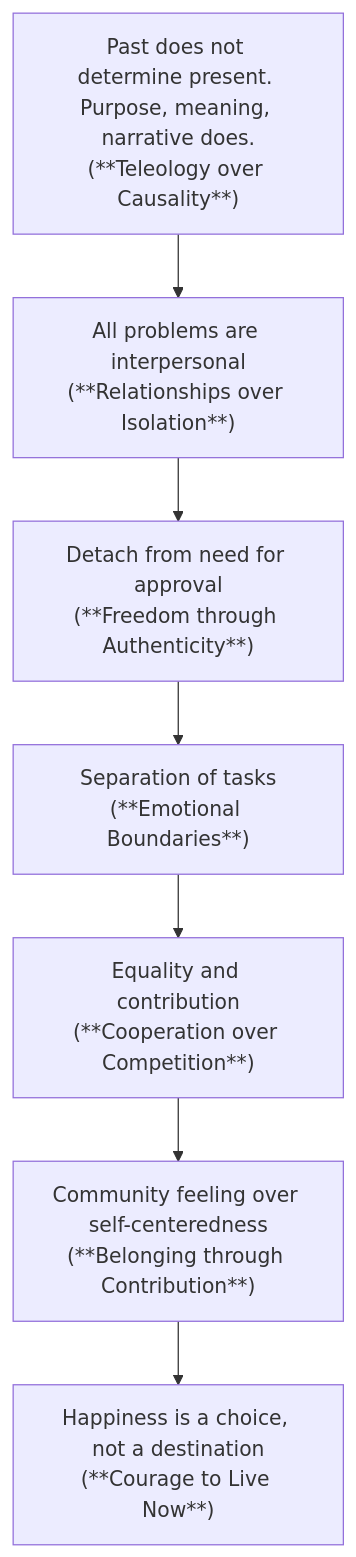
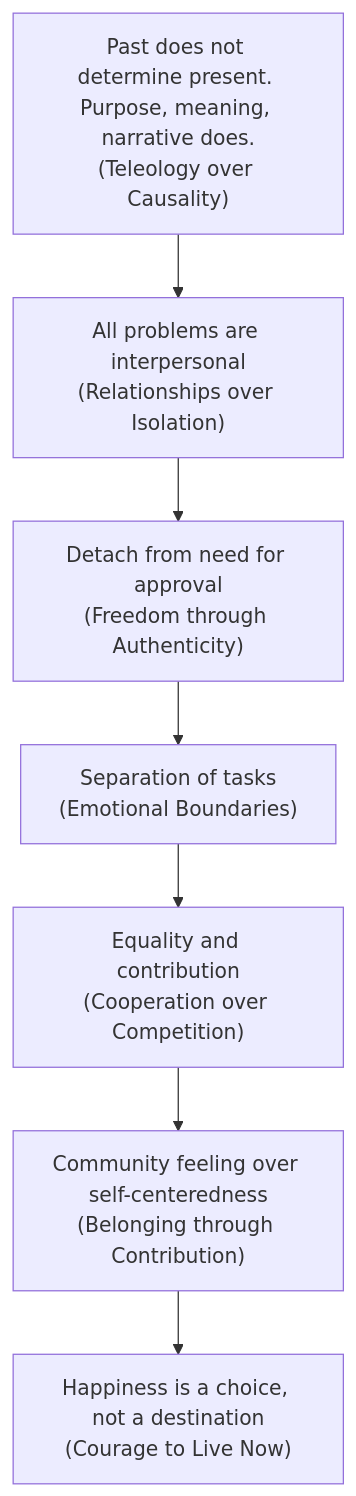
The third of 3 diagrams in _posts/books/psych/courage-2be-disliked/2025-01-03-courage-2be-disliked.md (samratkar/samratkar.github.io), drawn with Mermaid before and after one commit. The commit also changed other lines of this file and 3 other files, not shown here.

```diff
--- a/_posts/books/psych/courage-2be-disliked/2025-01-03-courage-2be-disliked.md
+++ b/_posts/books/psych/courage-2be-disliked/2025-01-03-courage-2be-disliked.md
@@ -477,16 +477,16 @@
 <div class="mermaid">
 graph TD
-    A["Past does not determine present. Purpose, meaning, narrative does.<br/>(**Teleology over Causality**)"]
-    B["All problems are interpersonal<br/>(**Relationships over Isolation**)"]
-    C["Detach from need for approval<br/>(**Freedom through Authenticity**)"]
-    D["Separation of tasks<br/>(**Emotional Boundaries**)"]
-    E["Equality and contribution<br/>(**Cooperation over Competition**)"]
-    F["Community feeling over self-centeredness<br/>(**Belonging through Contribution**)"]
-    G["Happiness is a choice, not a destination<br/>(**Courage to Live Now**)"]
+    A["Past does not determine present. Purpose, meaning, narrative does.<br/>(Teleology over Causality)"]
+    B["All problems are interpersonal<br/>(Relationships over Isolation)"]
+    C["Detach from need for approval<br/>(Freedom through Authenticity)"]
+    D["Separation of tasks<br/>(Emotional Boundaries)"]
+    E["Equality and contribution<br/>(Cooperation over Competition)"]
+    F["Community feeling over self-centeredness<br/>(Belonging through Contribution)"]
+    G["Happiness is a choice, not a destination<br/>(Courage to Live Now)"]
     A --> B
     B --> C
     C --> D
     D --> E
     E --> F
     F --> G
 </div>
```
